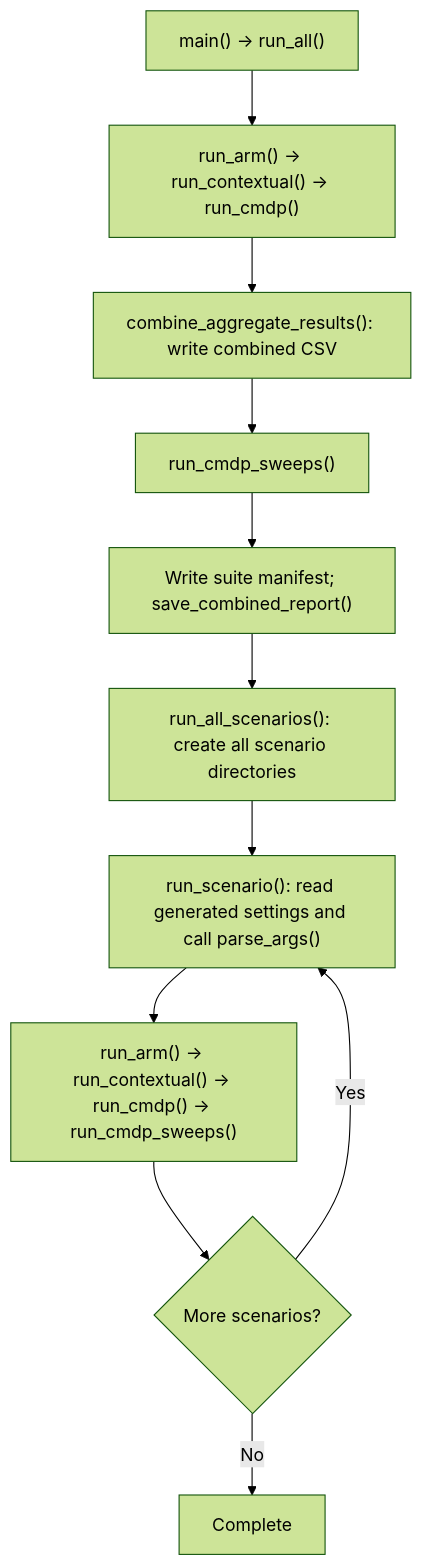
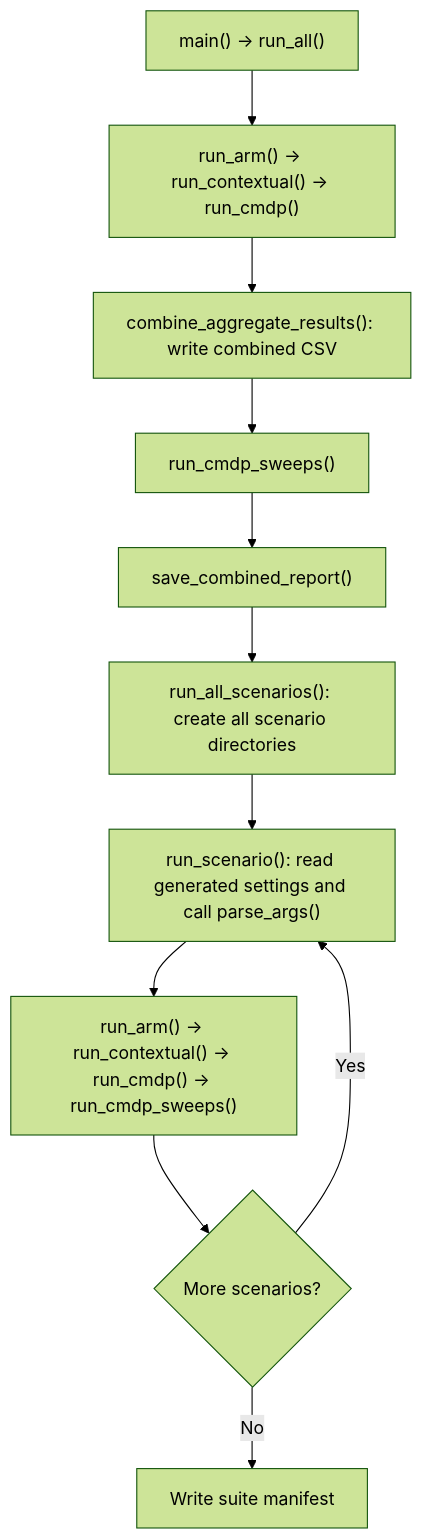
One commit to Shuniy/FairBudgetedMicrofinanceAllocation changed the sixth of 6 diagrams in README.md. Above: the diagram before and after it, drawn with Mermaid (forest theme). The commit also changed other lines of this file and 14 other files, not shown here.

````diff
--- a/README.md
+++ b/README.md
@@ -510,13 +511,13 @@
 ```mermaid
 flowchart TD
     A["main() → run_all()"] --> B["run_arm() → run_contextual() → run_cmdp()"]
     B --> C["combine_aggregate_results(): write combined CSV"]
     C --> D["run_cmdp_sweeps()"]
-    D --> E["Write suite manifest; save_combined_report()"]
+    D --> E["save_combined_report()"]
     E --> F["run_all_scenarios(): create all scenario directories"]
     F --> G["run_scenario(): read generated settings and call parse_args()"]
     G --> H["run_arm() → run_contextual() → run_cmdp() → run_cmdp_sweeps()"]
     H --> I{"More scenarios?"}
     I -->|Yes| G
-    I -->|No| J["Complete"]
+    I -->|No| J["Write suite manifest"]
 ```
````
